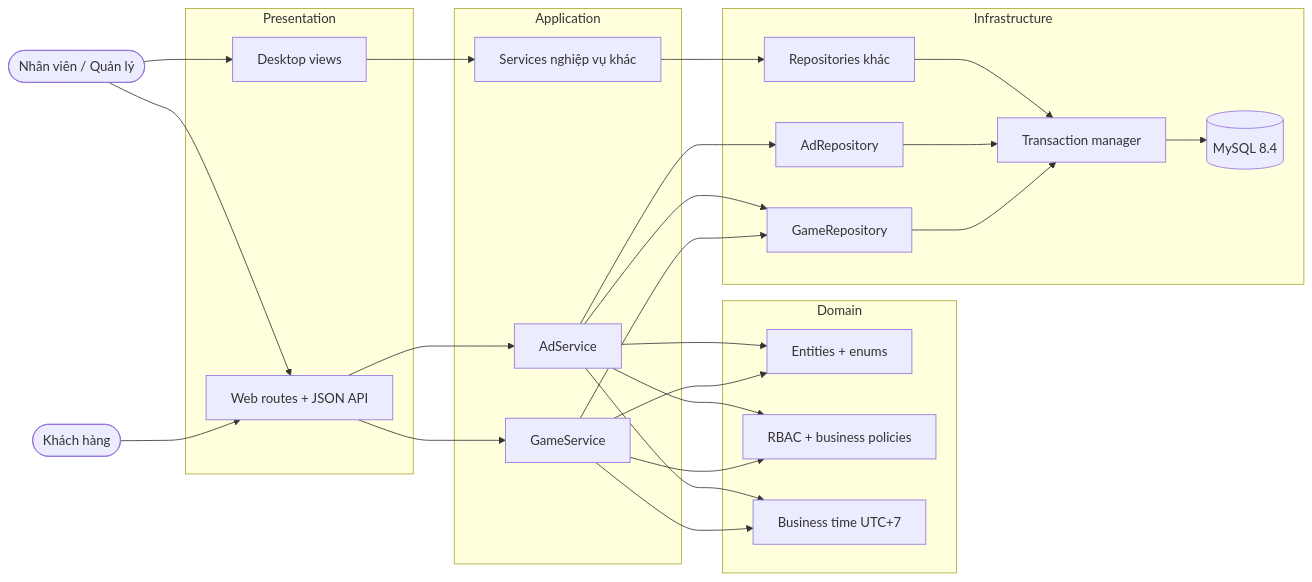
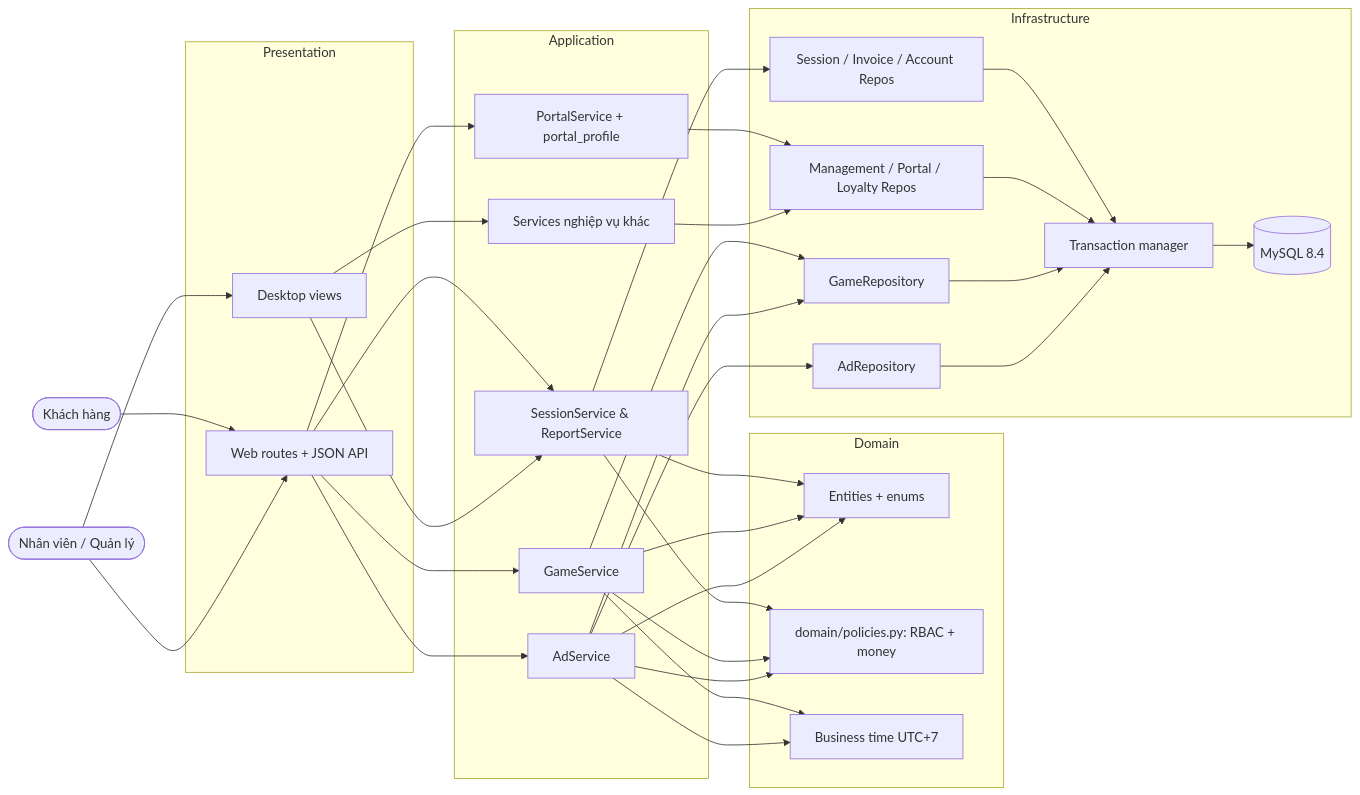
The third of 7 diagrams in docs/diagrams/system_uml.md (hoanganh1601/cyberhub-manager), drawn with Mermaid before and after one commit. The commit also changed other lines of this file and 95 other files, not shown here.

````diff
--- a/docs/diagrams/system_uml.md
+++ b/docs/diagrams/system_uml.md
@@ -85,51 +85,62 @@
 ```mermaid
 flowchart LR
     actorCustomer([Khách hàng])
     actorEmployee([Nhân viên / Quản lý])
 
     subgraph P[Presentation]
         Web[Web routes + JSON API]
         Desktop[Desktop views]
     end
 
     subgraph A[Application]
+        SessionReport[SessionService & ReportService]
+        PortalSvc[PortalService + portal_profile]
         GameService[GameService]
         AdService[AdService]
         OtherServices[Services nghiệp vụ khác]
     end
 
     subgraph D[Domain]
         Entities[Entities + enums]
-        Policies[RBAC + business policies]
+        Policies[domain/policies.py: RBAC + money]
         BusinessTime[Business time UTC+7]
     end
 
     subgraph I[Infrastructure]
+        CoreRepos[Session / Invoice / Account Repos]
+        MgmtRepos[Management / Portal / Loyalty Repos]
         GameRepo[GameRepository]
         AdRepo[AdRepository]
-        OtherRepos[Repositories khác]
         Tx[Transaction manager]
         MySQL[(MySQL 8.4)]
     end
 
     actorCustomer --> Web
     actorEmployee --> Web
     actorEmployee --> Desktop
+    Web --> SessionReport
+    Web --> PortalSvc
     Web --> GameService
     Web --> AdService
+    Desktop --> SessionReport
     Desktop --> OtherServices
+    SessionReport --> Policies
+    PortalSvc --> MgmtRepos
     GameService --> Policies
     AdService --> Policies
     GameService --> BusinessTime
     AdService --> BusinessTime
+    SessionReport --> CoreRepos
     GameService --> GameRepo
     AdService --> AdRepo
     AdService --> GameRepo
-    OtherServices --> OtherRepos
+    OtherServices --> MgmtRepos
+    CoreRepos --> Tx
+    MgmtRepos --> Tx
     GameRepo --> Tx
     AdRepo --> Tx
-    OtherRepos --> Tx
     Tx --> MySQL
+    SessionReport --> Entities
     GameService --> Entities
     AdService --> Entities
 ```
````
